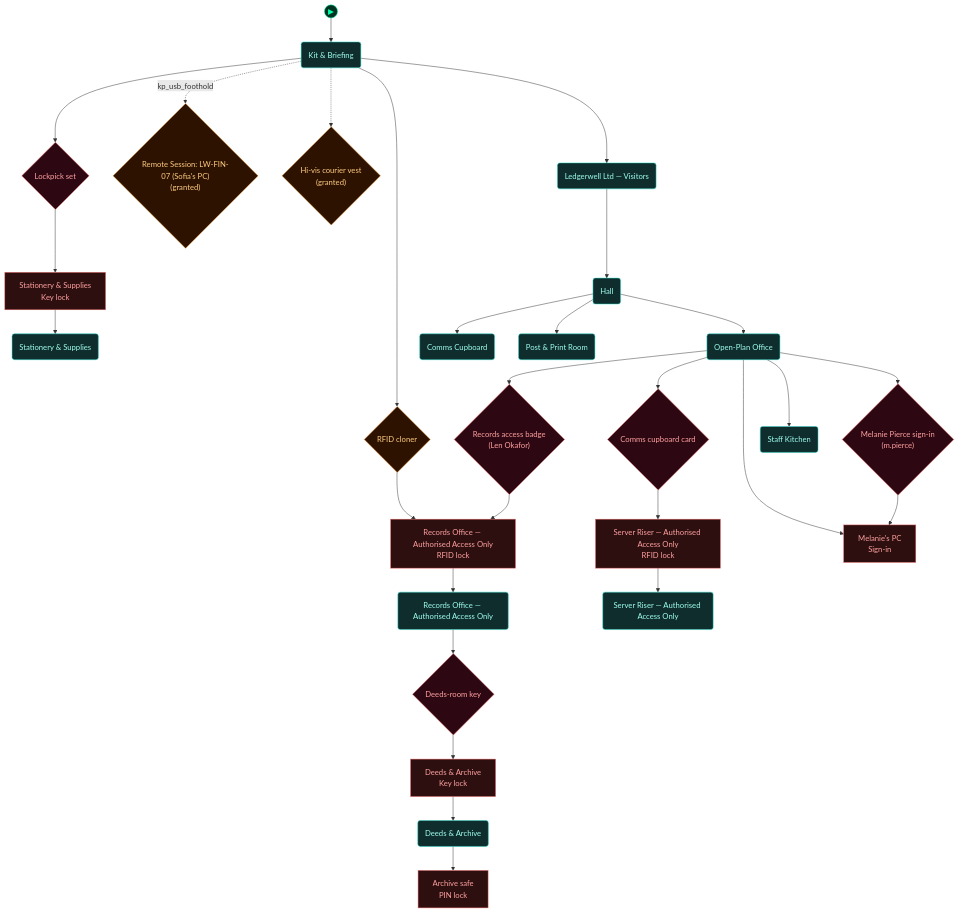
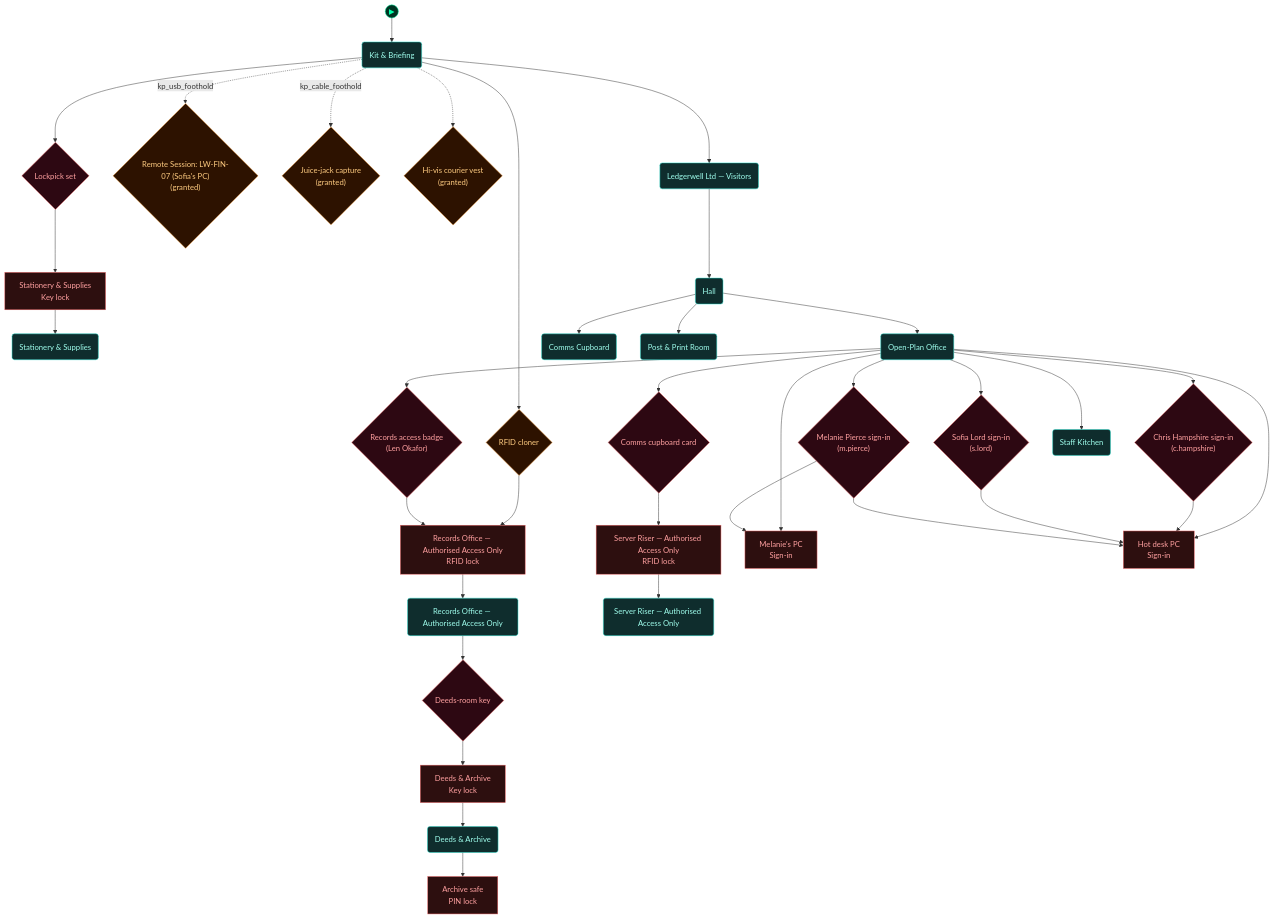
Before and after one commit to cliffe/BreakEscape: the first of 5 diagrams in scenarios/lab_physical_pentest/dungeon_graph.md, drawn with Mermaid. The commit also changed other lines of this file and 1 other file, not shown here.

Commit message:
lab_physical_pentest: regenerate the dungeon graph

````diff
--- a/scenarios/lab_physical_pentest/dungeon_graph.md
+++ b/scenarios/lab_physical_pentest/dungeon_graph.md
@@ -83,11 +83,15 @@
   open_plan("Open-Plan Office")
   comms_cupboard_card{"Comms cupboard card"}
   lock_staff_pc_2["Melanie's PC<br/>Sign-in"]
+  lock_hot_desk_pc["Hot desk PC<br/>Sign-in"]
   deeds_room_key{"Deeds-room key"}
   lock_p4_safe["Archive safe<br/>PIN lock"]
   grant_records_remote_session{"Remote Session: LW-FIN-07 (Sofia's PC)<br/>(granted)"}
+  grant_cable_capture{"Juice-jack capture<br/>(granted)"}
   grant_kit_hivis_vest{"Hi-vis courier vest<br/>(granted)"}
   card_cm_records_badge{"Records access badge<br/>(Len Okafor)"}
+  signin_hampshire{"Chris Hampshire sign-in<br/>(c.hampshire)"}
+  signin_lord{"Sofia Lord sign-in<br/>(s.lord)"}
   signin_pierce{"Melanie Pierce sign-in<br/>(m.pierce)"}
   reception("Ledgerwell Ltd — Visitors")
   hall("Hall")
@@ -106,15 +110,22 @@
   open_plan --> comms_cupboard_card
   comms_cupboard_card --> door_P5
   open_plan --> lock_staff_pc_2
+  open_plan --> lock_hot_desk_pc
   secure_area --> deeds_room_key
   deeds_room_key --> door_P4
   P4 --> lock_p4_safe
   briefing_room -.->|kp_usb_foothold| grant_records_remote_session
+  briefing_room -.->|kp_cable_foothold| grant_cable_capture
   briefing_room -.-> grant_kit_hivis_vest
   open_plan --> card_cm_records_badge
   card_cm_records_badge --> door_secure_area
+  open_plan --> signin_hampshire
+  signin_hampshire --> lock_hot_desk_pc
+  open_plan --> signin_lord
+  signin_lord --> lock_hot_desk_pc
   open_plan --> signin_pierce
   signin_pierce --> lock_staff_pc_2
+  signin_pierce --> lock_hot_desk_pc
   briefing_room --> reception
   reception --> hall
   hall --> open_plan
@@ -122,9 +133,9 @@
   hall --> P1
   open_plan --> P2
 
-  class door_secure_area,door_store_room,door_P5,door_P4,lock_staff_pc_2,lock_p4_safe lock
+  class door_secure_area,door_store_room,door_P5,door_P4,lock_staff_pc_2,lock_hot_desk_pc,lock_p4_safe lock
   class secure_area,store_room,P5,P4,briefing_room,open_plan,reception,hall,P3,P1,P2 room
-  class lockpick_set,comms_cupboard_card,deeds_room_key,card_cm_records_badge,signin_pierce key
-  class rfid_cloner,grant_records_remote_session,grant_kit_hivis_vest item
+  class lockpick_set,comms_cupboard_card,deeds_room_key,card_cm_records_badge,signin_hampshire,signin_lord,signin_pierce key
+  class rfid_cloner,grant_records_remote_session,grant_cable_capture,grant_kit_hivis_vest item
   class node_start start
 ```
````
